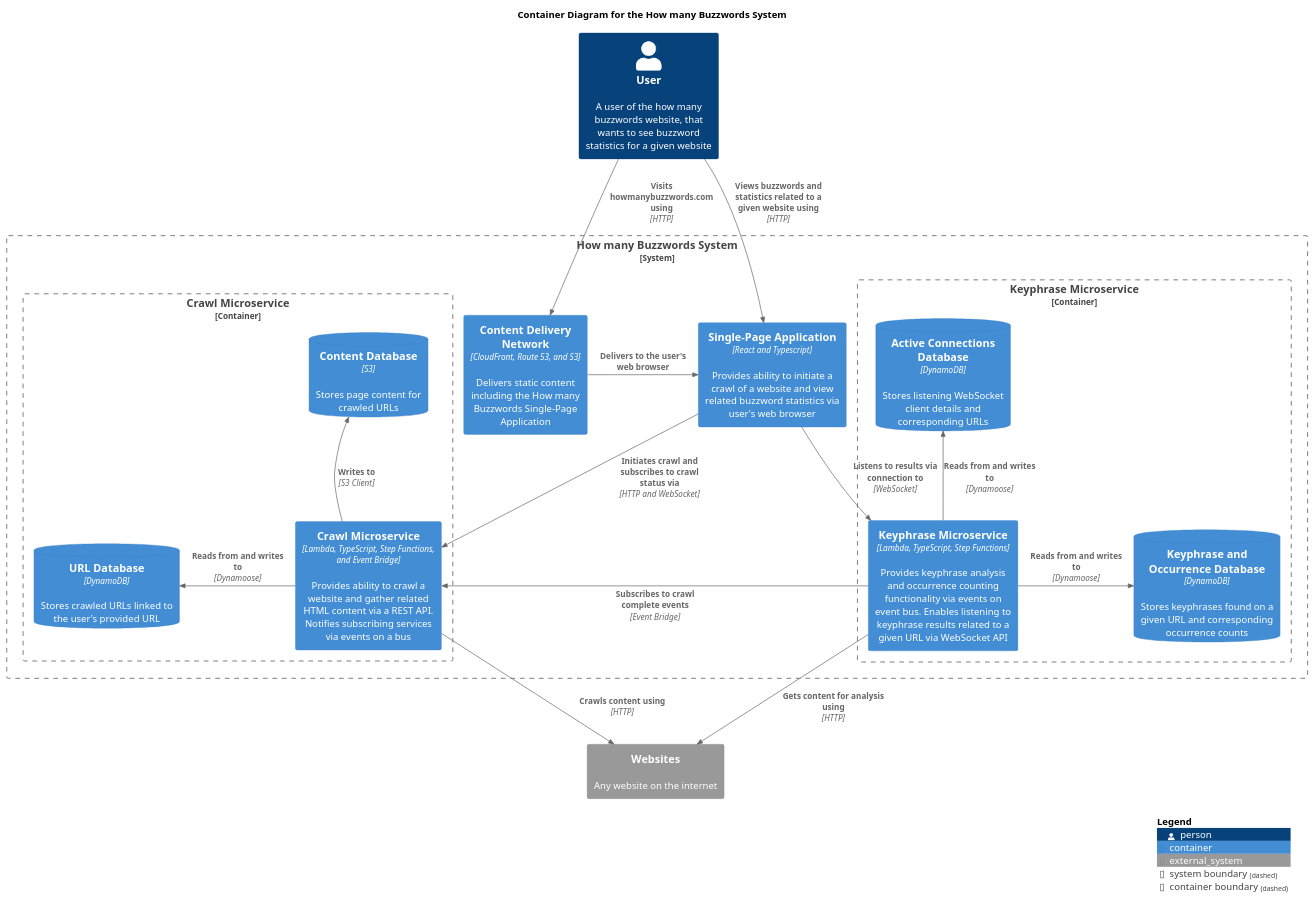
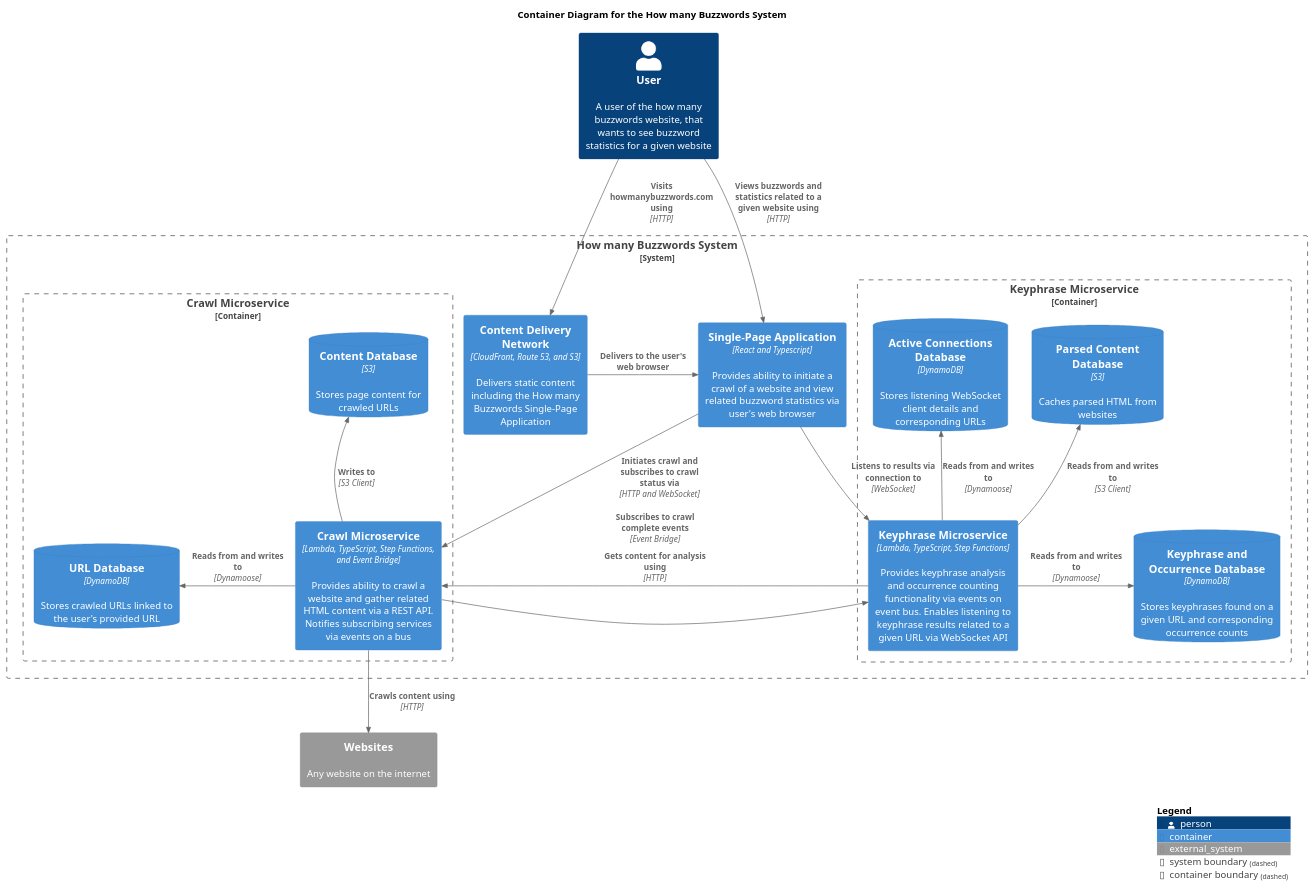
The diagram in docs/c4-diagrams/buzzword-c4-container.puml (ashley-evans/how-many-buzzwords), drawn with PlantUML before and after one commit.

Commit message:
Update buzzword c4 container diagram to represent keyphrase service content retrieval from crawl service
Update buzzword c4 container to include parsed content database and relationships

```diff
--- a/docs/c4-diagrams/buzzword-c4-container.puml
+++ b/docs/c4-diagrams/buzzword-c4-container.puml
@@ -1,46 +1,48 @@
 @startuml Buzzword C4 Container Diagram
 
 !include https://raw.githubusercontent.com/plantuml-stdlib/C4-PlantUML/master/C4_Container.puml
 
 title Container Diagram for the How many Buzzwords System
 
 Person(user, "User", "A user of the how many buzzwords website, that wants to see buzzword statistics for a given website")
 System_Boundary(buzzword_system, "How many Buzzwords System") {
     Container(content_delivery_network, "Content Delivery Network", "CloudFront, Route 53, and S3", $descr="Delivers static content including the How many Buzzwords Single-Page Application")
     Container(single_page_application, "Single-Page Application", "React and Typescript", $descr="Provides ability to initiate a crawl of a website and view related buzzword statistics via user's web browser")
 
     Container_Boundary(crawl_microservice_boundary, "Crawl Microservice") {
         Container(crawl_microservice, "Crawl Microservice", "Lambda, TypeScript, Step Functions, and Event Bridge", $descr="Provides ability to crawl a website and gather related HTML content via a REST API. Notifies subscribing services via events on a bus")
         ContainerDb(crawl_url_db, "URL Database", "DynamoDB", $descr="Stores crawled URLs linked to the user's provided URL")
         ContainerDb(crawl_content_db, "Content Database", "S3", $descr="Stores page content for crawled URLs")
     }
 
     Container_Boundary(keyphrase_microservice_boundary, "Keyphrase Microservice") {
         Container(keyphrase_microservice, "Keyphrase Microservice", "Lambda, TypeScript, Step Functions", "Provides keyphrase analysis and occurrence counting functionality via events on event bus. Enables listening to keyphrase results related to a given URL via WebSocket API")
         ContainerDb(keyphrase_db, "Keyphrase and Occurrence Database", "DynamoDB", "Stores keyphrases found on a given URL and corresponding occurrence counts")
         ContainerDb(active_connections_db, "Active Connections Database", "DynamoDB", "Stores listening WebSocket client details and corresponding URLs")
+        ContainerDb(parsed_content_db, "Parsed Content Database", "S3", "Caches parsed HTML from websites")
     }
 }
 
 System_Ext(websites, "Websites", "Any website on the internet")
 
 Rel(user, content_delivery_network, "Visits howmanybuzzwords.com using", "HTTP")
 Rel(user, single_page_application, "Views buzzwords and statistics related to a given website using", "HTTP")
 
 Rel_R(content_delivery_network, single_page_application, "Delivers to the user's web browser")
 
 Rel(single_page_application, crawl_microservice, "Initiates crawl and subscribes to crawl status via", "HTTP and WebSocket")
 Rel(single_page_application, keyphrase_microservice, "Listens to results via connection to", "WebSocket")
 
 Rel_L(crawl_microservice, crawl_url_db, "Reads from and writes to", "Dynamoose")
 Rel_U(crawl_microservice, crawl_content_db, "Writes to", "S3 Client")
 Rel(crawl_microservice, websites, "Crawls content using", "HTTP")
 
 Rel_R(keyphrase_microservice, keyphrase_db, "Reads from and writes to", "Dynamoose")
 Rel_U(keyphrase_microservice, active_connections_db, "Reads from and writes to", "Dynamoose")
-Rel_L(keyphrase_microservice, crawl_microservice, "Subscribes to crawl complete events", "Event Bridge")
-Rel(keyphrase_microservice, websites, "Gets content for analysis using", "HTTP")
+Rel_U(keyphrase_microservice, parsed_content_db, "Reads from and writes to", "S3 Client")
+Rel_R(crawl_microservice, keyphrase_microservice, "Subscribes to crawl complete events", "Event Bridge")
+Rel_L(keyphrase_microservice, crawl_microservice, "Gets content for analysis using", "HTTP")
 
 SHOW_LEGEND()
 
 @enduml
```
